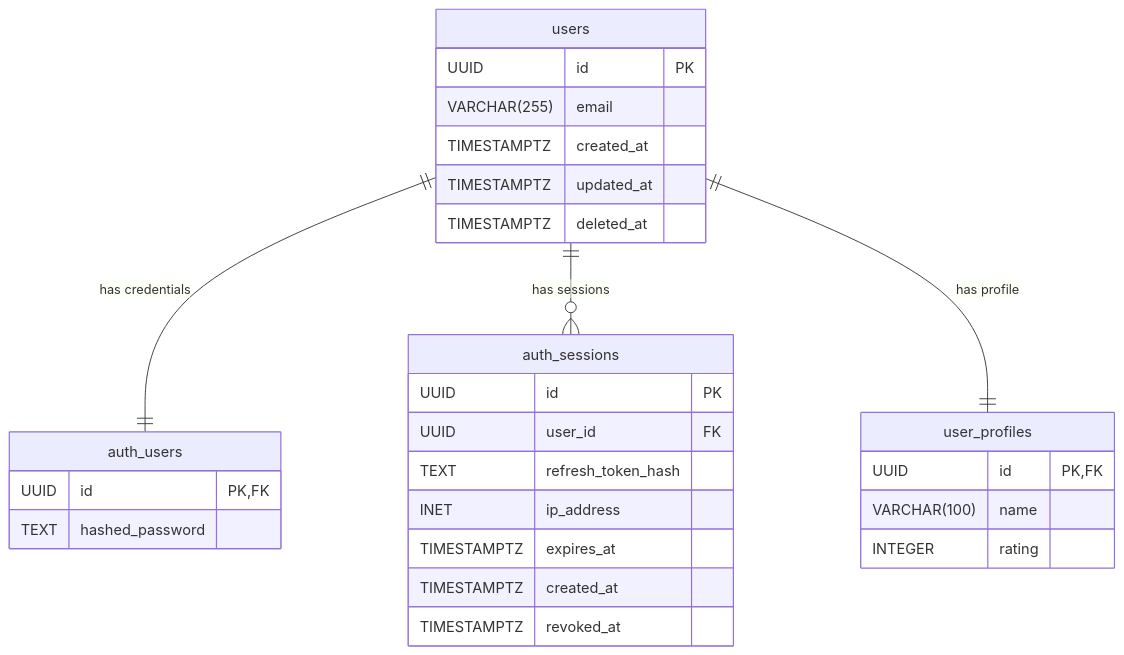
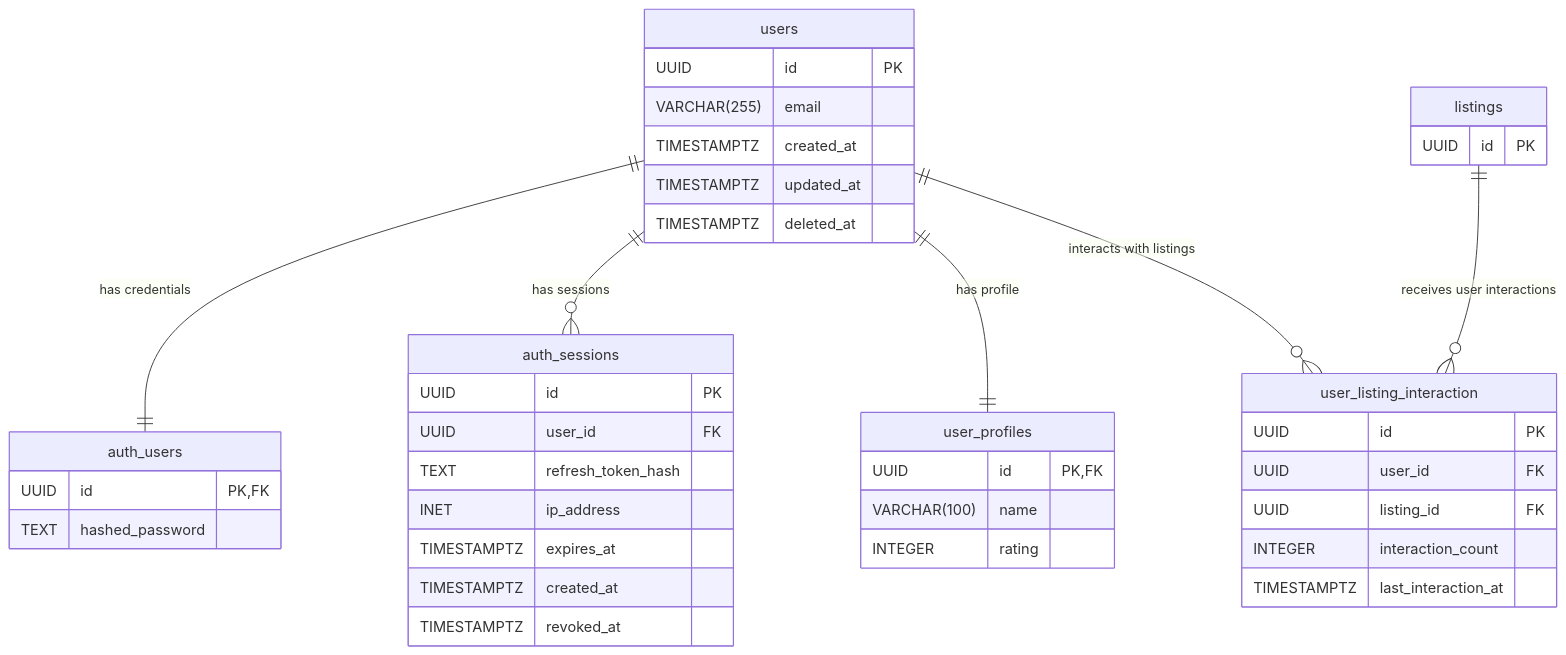
Before and after one commit to Moviles-ISIS3510-S4-G44/backend: the diagram in docs/schema/user_view.mmd, drawn with Mermaid. The commit also changed 1 other file, not shown here.

Commit message:
docs: update mermaid schema diagrams with interactions table
Agent-Logs-Url: https://github.com/Moviles-ISIS3510-S4-G44/backend/sessions/c18b1102-5bc7-4368-8d12-6e123409043b

```diff
--- a/docs/schema/user_view.mmd
+++ b/docs/schema/user_view.mmd
@@ -1,34 +1,48 @@
 erDiagram
 
     users {
         UUID id PK
         VARCHAR(255) email
         TIMESTAMPTZ created_at
         TIMESTAMPTZ updated_at
         TIMESTAMPTZ deleted_at
     }
 
     auth_users {
         UUID id PK, FK
         TEXT hashed_password
     }
 
     auth_sessions {
         UUID id PK
         UUID user_id FK
         TEXT refresh_token_hash
         INET ip_address
         TIMESTAMPTZ expires_at
         TIMESTAMPTZ created_at
         TIMESTAMPTZ revoked_at
     }
 
     user_profiles {
         UUID id PK, FK
         VARCHAR(100) name
         INTEGER rating
     }
 
+    listings {
+        UUID id PK
+    }
+
+    user_listing_interaction {
+        UUID id PK
+        UUID user_id FK
+        UUID listing_id FK
+        INTEGER interaction_count
+        TIMESTAMPTZ last_interaction_at
+    }
+
     users ||--|| auth_users : "has credentials"
     users ||--o{ auth_sessions : "has sessions"
     users ||--|| user_profiles : "has profile"
+    users ||--o{ user_listing_interaction : "interacts with listings"
+    listings ||--o{ user_listing_interaction : "receives user interactions"
```
